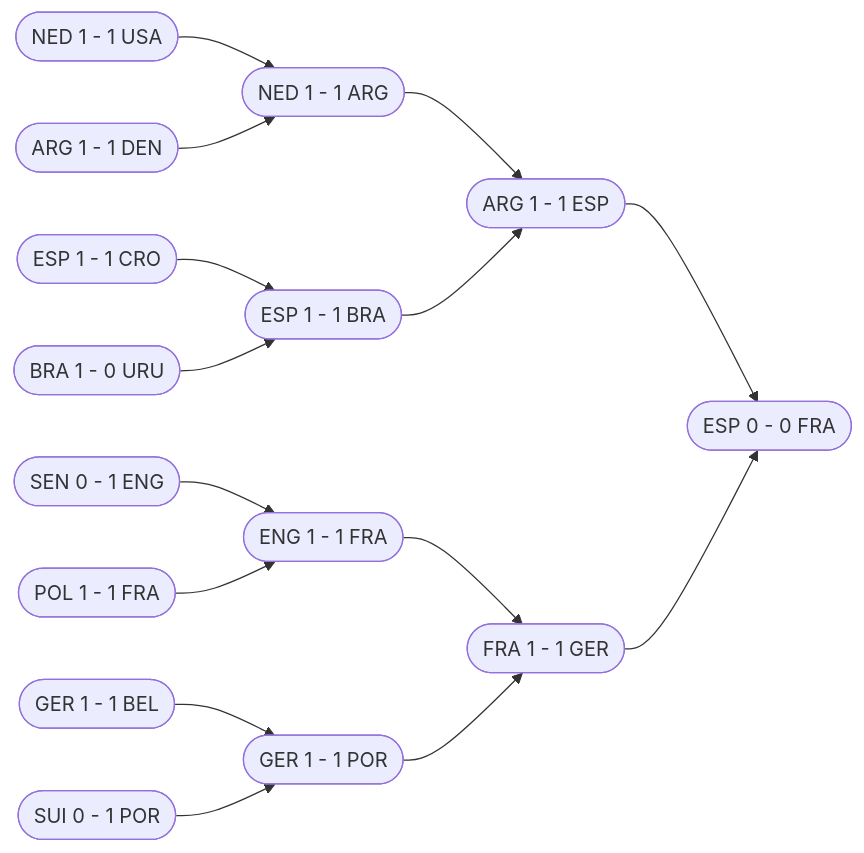
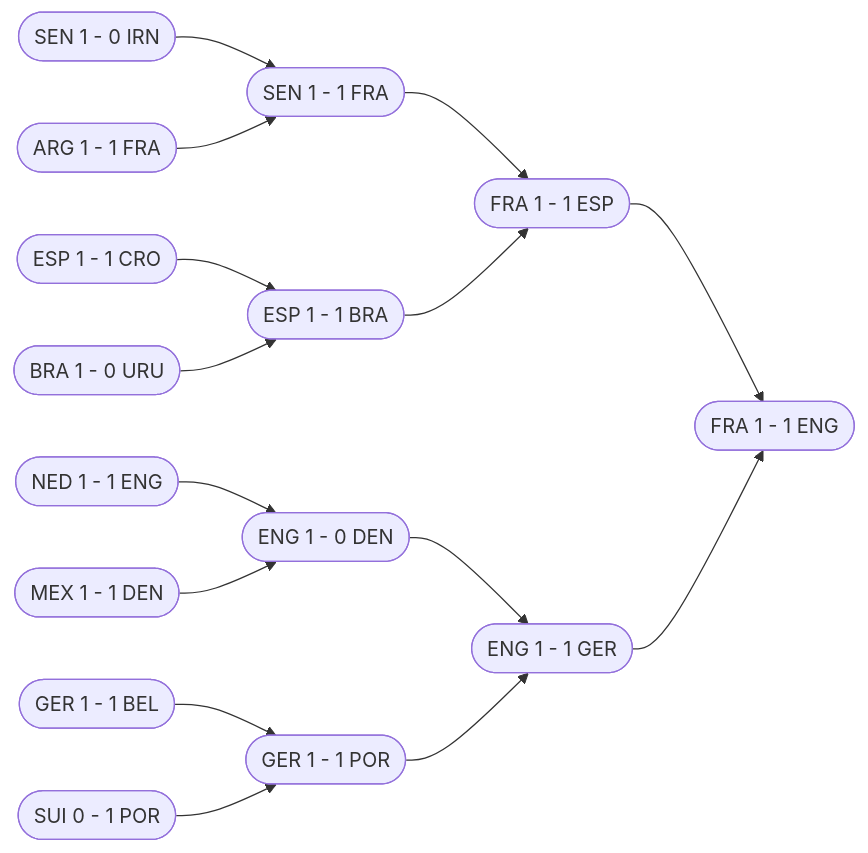
One commit to louis-marx/worldcup-challenge changed the second of 2 diagrams in README.md. Above: the diagram before and after it, drawn with Mermaid. The commit also changed other lines of this file, not shown here.

````diff
--- a/README.md
+++ b/README.md
@@ -130,32 +136,32 @@
 ```mermaid
 flowchart LR
-    RS1([NED 1 - 1 USA])
-    RS2([ARG 1 - 1 DEN])
+    RS1([SEN 1 - 0 IRN])
+    RS2([ARG 1 - 1 FRA])
     RS3([ESP 1 - 1 CRO])
     RS4([BRA 1 - 0 URU])
-    RS5([SEN 0 - 1 ENG])
-    RS6([POL 1 - 1 FRA])
+    RS5([NED 1 - 1 ENG])
+    RS6([MEX 1 - 1 DEN])
     RS7([GER 1 - 1 BEL])
     RS8([SUI 0 - 1 POR])
-    QF1([NED 1 - 1 ARG])
+    QF1([SEN 1 - 1 FRA])
     QF2([ESP 1 - 1 BRA])
-    QF3([ENG 1 - 1 FRA])
+    QF3([ENG 1 - 0 DEN])
     QF4([GER 1 - 1 POR])
-    SF1([ARG 1 - 1 ESP])
-    SF2([FRA 1 - 1 GER])
-    FNL([ESP 0 - 0 FRA])
+    SF1([FRA 1 - 1 ESP])
+    SF2([ENG 1 - 1 GER])
+    FNL([FRA 1 - 1 ENG])
     RS1-->QF1
     RS2-->QF1
     RS3-->QF2
     RS4-->QF2
     RS5-->QF3
     RS6-->QF3
     RS7-->QF4
     RS8-->QF4
     QF1-->SF1
     QF2-->SF1
     QF3-->SF2
     QF4-->SF2
     SF1-->FNL
     SF2-->FNL
 ```
````
